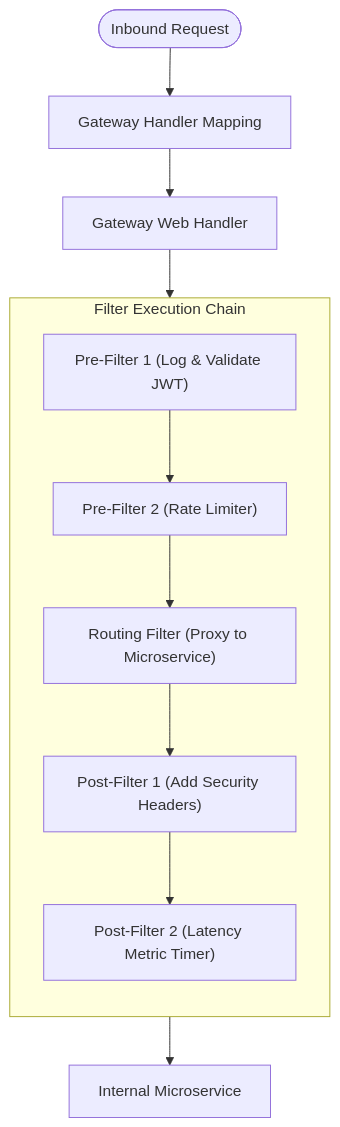
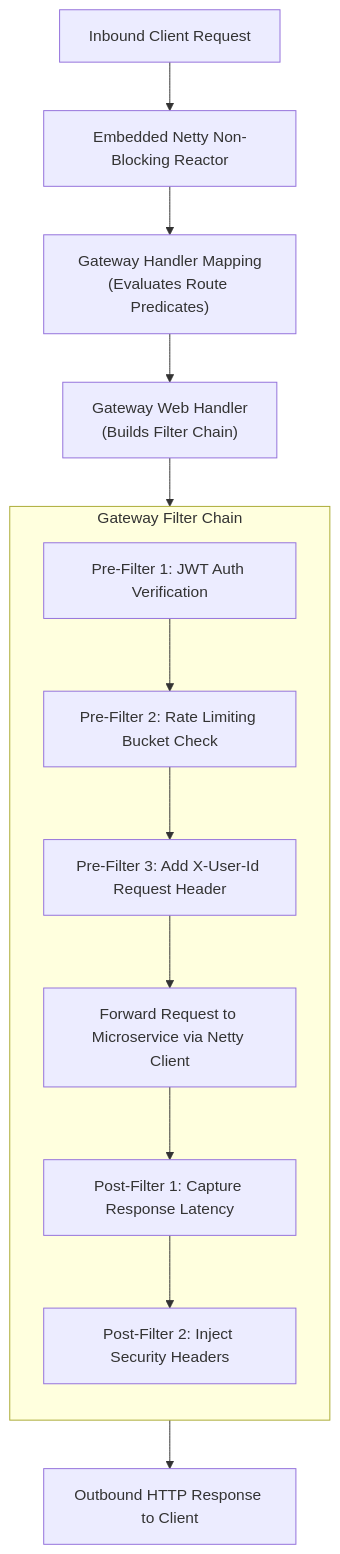
The third of 5 diagrams in spring-boot-microservices-notes/04-api-gateway.md (rohithgowda18/Notes), drawn with Mermaid before and after one commit. The commit also changed other lines of this file, not shown here.

Commit message:
docs: enrich 04-api-gateway.md with placement-grade notes, WebFlux architecture, dynamic routing and interview Q&A

````diff
--- a/spring-boot-microservices-notes/04-api-gateway.md
+++ b/spring-boot-microservices-notes/04-api-gateway.md
@@ -77,16 +104,18 @@
 ```mermaid
 flowchart TD
-    Client([Inbound Request]) --> Dispatcher[Gateway Handler Mapping]
-    Dispatcher --> Handler[Gateway Web Handler]
+    ClientReq["Inbound Client Request"] --> Netty["Embedded Netty Non-Blocking Reactor"]
+    Netty --> HandlerMapping["Gateway Handler Mapping<br>(Evaluates Route Predicates)"]
+    HandlerMapping --> WebHandler["Gateway Web Handler<br>(Builds Filter Chain)"]
     
-    subgraph FilterPipeline ["Filter Execution Chain"]
+    subgraph FilterPipeline ["Gateway Filter Chain"]
         direction TB
-        F1["Pre-Filter 1 (Log & Validate JWT)"] --> F2["Pre-Filter 2 (Rate Limiter)"]
-        F2 --> Routing["Routing Filter (Proxy to Microservice)"]
-        Routing --> P1["Post-Filter 1 (Add Security Headers)"]
-        P1 --> P2["Post-Filter 2 (Latency Metric Timer)"]
+        Pre1["Pre-Filter 1: JWT Auth Verification"] --> Pre2["Pre-Filter 2: Rate Limiting Bucket Check"]
+        Pre2 --> Pre3["Pre-Filter 3: Add X-User-Id Request Header"]
+        Pre3 --> RouteDownstream["Forward Request to Microservice via Netty Client"]
+        RouteDownstream --> Post1["Post-Filter 1: Capture Response Latency"]
+        Post1 --> Post2["Post-Filter 2: Inject Security Headers"]
     end
 
-    Handler --> FilterPipeline
-    FilterPipeline --> Downstream[Internal Microservice]
+    WebHandler --> FilterPipeline
+    FilterPipeline --> ClientResp["Outbound HTTP Response to Client"]
 ```
````
